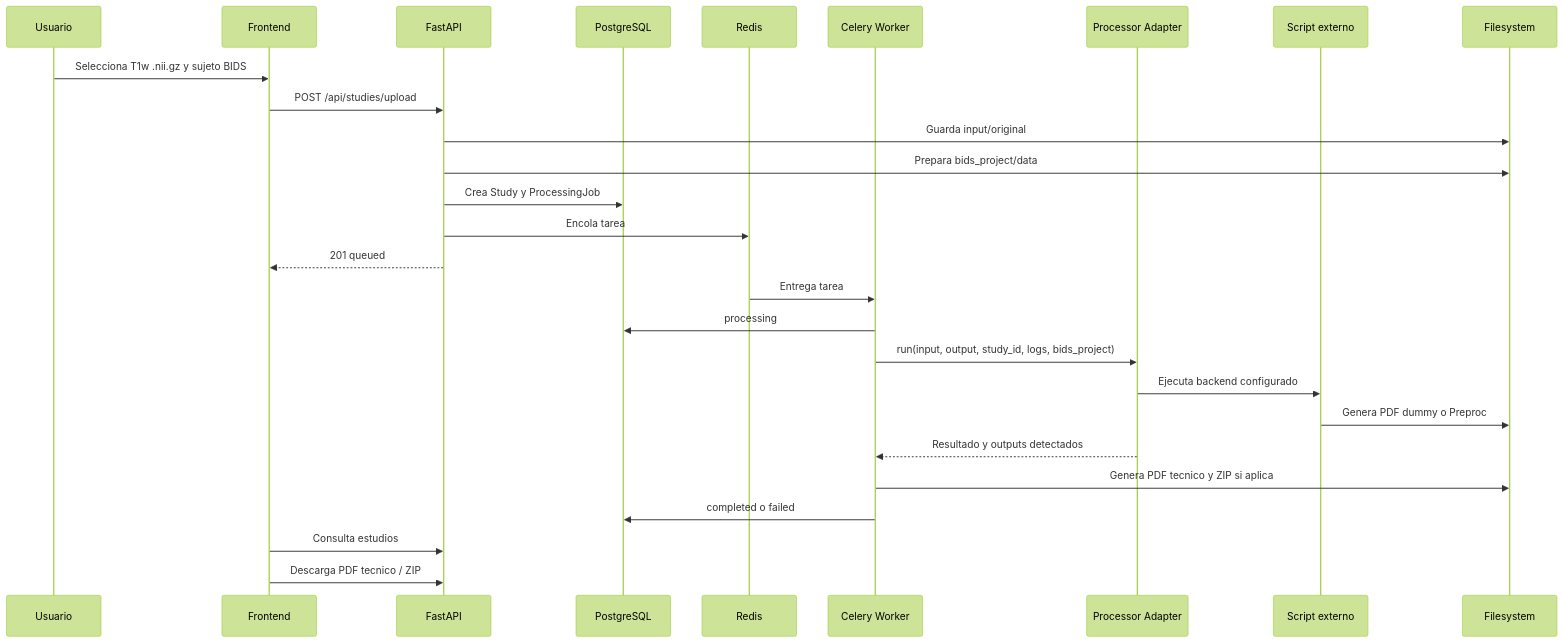
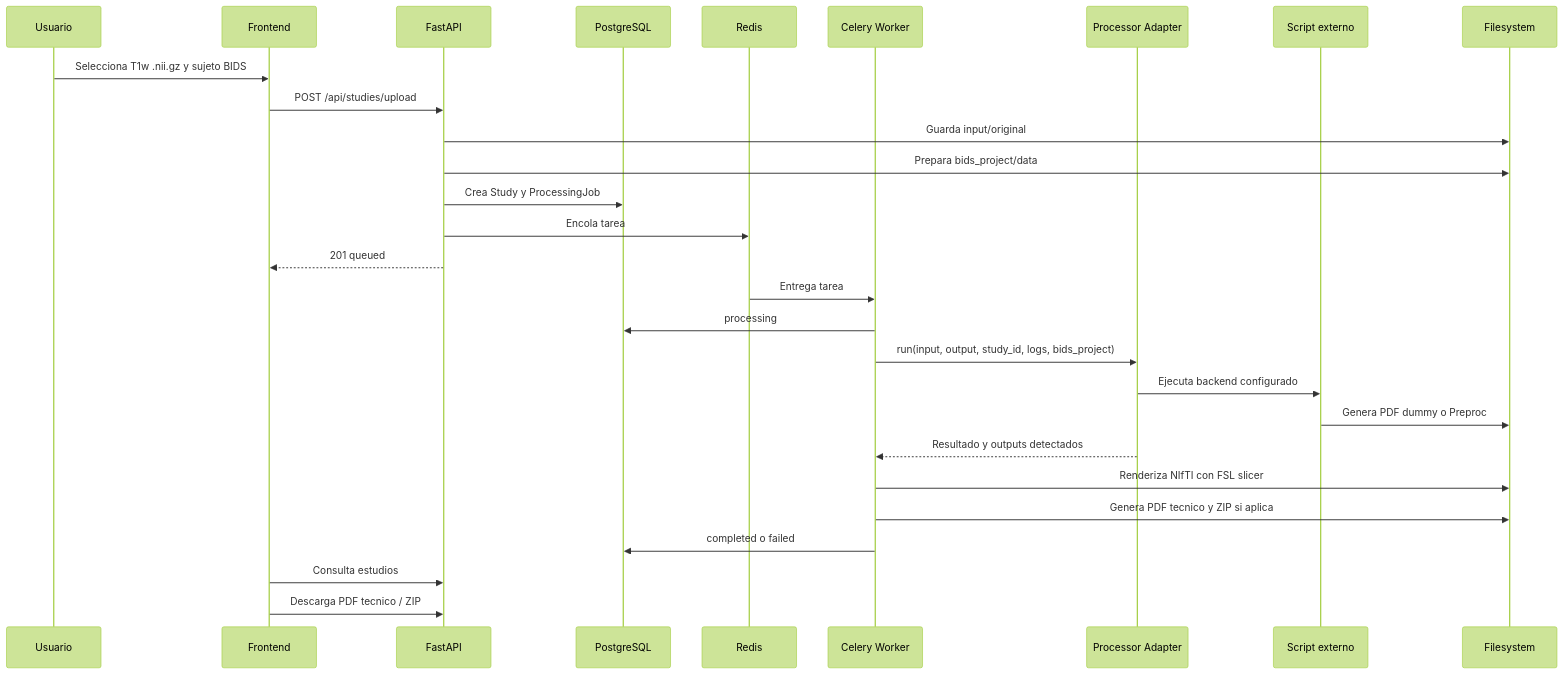
The first of 2 diagrams in docs/processing-pipeline.md (suhartx/neuroimagen-server-biocruces), drawn with Mermaid (forest theme) before and after one commit. The commit also changed other lines of this file and 29 other files, not shown here.

````diff
--- a/docs/processing-pipeline.md
+++ b/docs/processing-pipeline.md
@@ -5,29 +5,30 @@
 ```mermaid
 sequenceDiagram
   participant U as Usuario
   participant F as Frontend
   participant A as FastAPI
   participant D as PostgreSQL
   participant R as Redis
   participant W as Celery Worker
   participant P as Processor Adapter
   participant S as Script externo
   participant FS as Filesystem
   U->>F: Selecciona T1w .nii.gz y sujeto BIDS
   F->>A: POST /api/studies/upload
   A->>FS: Guarda input/original
   A->>FS: Prepara bids_project/data
   A->>D: Crea Study y ProcessingJob
   A->>R: Encola tarea
   A-->>F: 201 queued
   R->>W: Entrega tarea
   W->>D: processing
   W->>P: run(input, output, study_id, logs, bids_project)
   P->>S: Ejecuta backend configurado
   S->>FS: Genera PDF dummy o Preproc
   P-->>W: Resultado y outputs detectados
+  W->>FS: Renderiza NIfTI con FSL slicer
   W->>FS: Genera PDF tecnico y ZIP si aplica
   W->>D: completed o failed
   F->>A: Consulta estudios
   F->>A: Descarga PDF tecnico / ZIP
 ```
````
